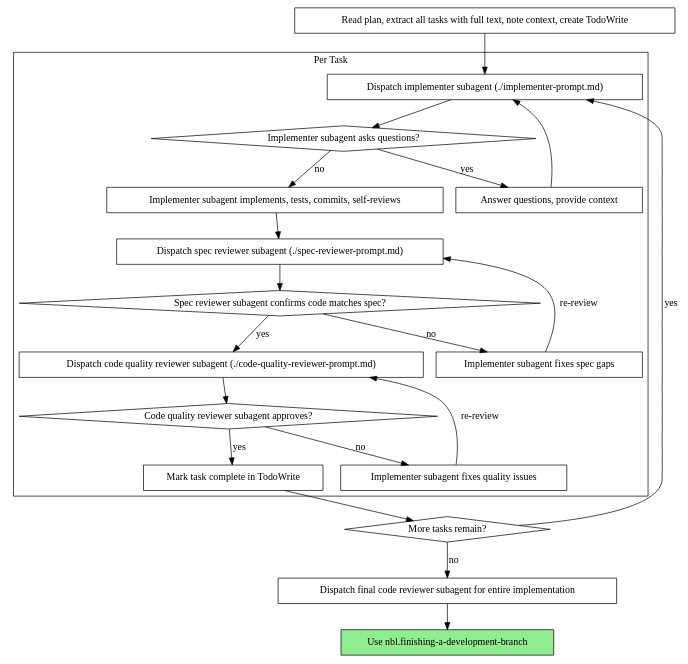
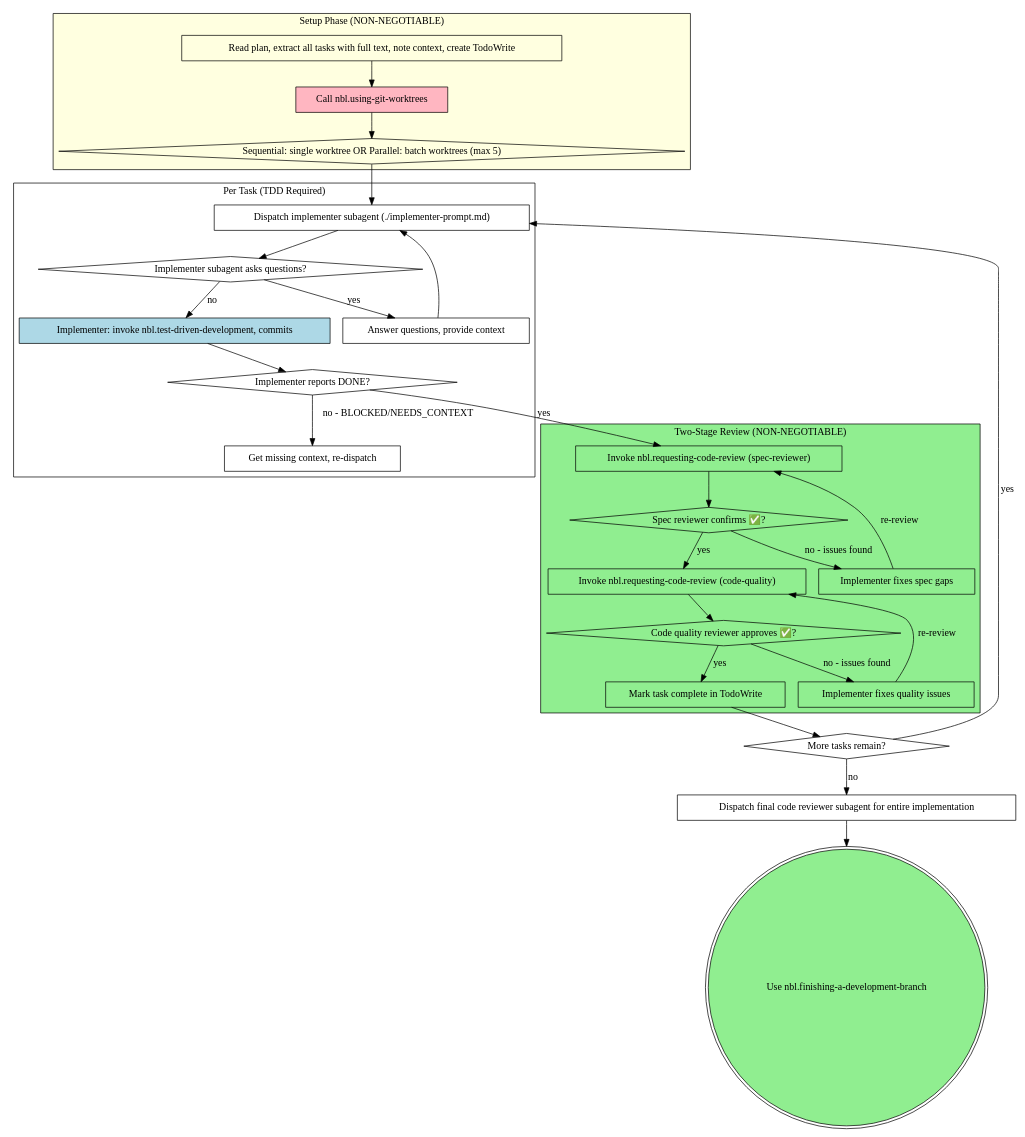
The fourth of 4 diagrams in skills/nbl.subagent-driven-development/SKILL.md (icefrag/nbl-superpowers), drawn with Graphviz before and after one commit. The commit also changed other lines of this file and 6 other files, not shown here.

First line of the commit message:
fix(skills): 强化 NON-NEGOTIABLE gates 并统一使用独立 agents

````diff
--- a/skills/nbl.subagent-driven-development/SKILL.md
+++ b/skills/nbl.subagent-driven-development/SKILL.md
@@ -151,44 +205,63 @@
 ```dot
 digraph process {
     rankdir=TB;
 
+    subgraph cluster_setup {
+        label="Setup Phase (NON-NEGOTIABLE)";
+        style=filled fillcolor=lightyellow;
+        "Read plan, extract all tasks with full text, note context, create TodoWrite" [shape=box];
+        "Call nbl.using-git-worktrees" [shape=box style=filled fillcolor=lightpink];
+        "Sequential: single worktree OR Parallel: batch worktrees (max 5)" [shape=diamond];
+    }
+
     subgraph cluster_per_task {
-        label="Per Task";
+        label="Per Task (TDD Required)";
         "Dispatch implementer subagent (./implementer-prompt.md)" [shape=box];
         "Implementer subagent asks questions?" [shape=diamond];
         "Answer questions, provide context" [shape=box];
-        "Implementer subagent implements, tests, commits, self-reviews" [shape=box];
-        "Dispatch spec reviewer subagent (./spec-reviewer-prompt.md)" [shape=box];
-        "Spec reviewer subagent confirms code matches spec?" [shape=diamond];
-        "Implementer subagent fixes spec gaps" [shape=box];
-        "Dispatch code quality reviewer subagent (./code-quality-reviewer-prompt.md)" [shape=box];
-        "Code quality reviewer subagent approves?" [shape=diamond];
-        "Implementer subagent fixes quality issues" [shape=box];
+        "Implementer: invoke nbl.test-driven-development, commits" [shape=box style=filled fillcolor=lightblue];
+        "Implementer reports DONE?" [shape=diamond];
+        "Get missing context, re-dispatch" [shape=box];
+    }
+
+    subgraph cluster_review {
+        label="Two-Stage Review (NON-NEGOTIABLE)";
+        style=filled fillcolor=lightgreen;
+        "Invoke nbl.requesting-code-review (spec-reviewer)" [shape=box];
+        "Spec reviewer confirms ✅?" [shape=diamond];
+        "Implementer fixes spec gaps" [shape=box];
+        "Invoke nbl.requesting-code-review (code-quality)" [shape=box];
+        "Code quality reviewer approves ✅?" [shape=diamond];
+        "Implementer fixes quality issues" [shape=box];
         "Mark task complete in TodoWrite" [shape=box];
     }
 
-    "Read plan, extract all tasks with full text, note context, create TodoWrite" [shape=box];
-    "More tasks remain?" [shape=diamond];
-    "Dispatch final code reviewer subagent for entire implementation" [shape=box];
-    "Use nbl.finishing-a-development-branch" [shape=box style=filled fillcolor=lightgreen];
+    "Read plan, extract all tasks with full text, note context, create TodoWrite" -> "Call nbl.using-git-worktrees";
+    "Call nbl.using-git-worktrees" -> "Sequential: single worktree OR Parallel: batch worktrees (max 5)";
+    "Sequential: single worktree OR Parallel: batch worktrees (max 5)" -> "Dispatch implementer subagent (./implementer-prompt.md)";
 
-    "Read plan, extract all tasks with full text, note context, create TodoWrite" -> "Dispatch implementer subagent (./implementer-prompt.md)";
     "Dispatch implementer subagent (./implementer-prompt.md)" -> "Implementer subagent asks questions?";
     "Implementer subagent asks questions?" -> "Answer questions, provide context" [label="yes"];
     "Answer questions, provide context" -> "Dispatch implementer subagent (./implementer-prompt.md)";
-    "Implementer subagent asks questions?" -> "Implementer subagent implements, tests, commits, self-reviews" [label="no"];
-    "Implementer subagent implements, tests, commits, self-reviews" -> "Dispatch spec reviewer subagent (./spec-reviewer-prompt.md)";
-    "Dispatch spec reviewer subagent (./spec-reviewer-prompt.md)" -> "Spec reviewer subagent confirms code matches spec?";
-    "Spec reviewer subagent confirms code matches spec?" -> "Implementer subagent fixes spec gaps" [label="no"];
-    "Implementer subagent fixes spec gaps" -> "Dispatch spec reviewer subagent (./spec-reviewer-prompt.md)" [label="re-review"];
-    "Spec reviewer subagent confirms code matches spec?" -> "Dispatch code quality reviewer subagent (./code-quality-reviewer-prompt.md)" [label="yes"];
-    "Dispatch code quality reviewer subagent (./code-quality-reviewer-prompt.md)" -> "Code quality reviewer subagent approves?";
-    "Code quality reviewer subagent approves?" -> "Implementer subagent fixes quality issues" [label="no"];
-    "Implementer subagent fixes quality issues" -> "Dispatch code quality reviewer subagent (./code-quality-reviewer-prompt.md)" [label="re-review"];
-    "Code quality reviewer subagent approves?" -> "Mark task complete in TodoWrite" [label="yes"];
+    "Implementer subagent asks questions?" -> "Implementer: invoke nbl.test-driven-development, commits" [label="no"];
+    "Implementer: invoke nbl.test-driven-development, commits" -> "Implementer reports DONE?";
+    "Implementer reports DONE?" -> "Get missing context, re-dispatch" [label="no - BLOCKED/NEEDS_CONTEXT"];
+    "Implementer reports DONE?" -> "Invoke nbl.requesting-code-review (spec-reviewer)" [label="yes"];
+
+    "Invoke nbl.requesting-code-review (spec-reviewer)" -> "Spec reviewer confirms ✅?";
+    "Spec reviewer confirms ✅?" -> "Implementer fixes spec gaps" [label="no - issues found"];
+    "Implementer fixes spec gaps" -> "Invoke nbl.requesting-code-review (spec-reviewer)" [label="re-review"];
+    "Spec reviewer confirms ✅?" -> "Invoke nbl.requesting-code-review (code-quality)" [label="yes"];
+    "Invoke nbl.requesting-code-review (code-quality)" -> "Code quality reviewer approves ✅?";
+    "Code quality reviewer approves ✅?" -> "Implementer fixes quality issues" [label="no - issues found"];
+    "Implementer fixes quality issues" -> "Invoke nbl.requesting-code-review (code-quality)" [label="re-review"];
+    "Code quality reviewer approves ✅?" -> "Mark task complete in TodoWrite" [label="yes"];
     "Mark task complete in TodoWrite" -> "More tasks remain?";
+    "More tasks remain?" [shape=diamond];
     "More tasks remain?" -> "Dispatch implementer subagent (./implementer-prompt.md)" [label="yes"];
     "More tasks remain?" -> "Dispatch final code reviewer subagent for entire implementation" [label="no"];
+    "Dispatch final code reviewer subagent for entire implementation" [shape=box];
     "Dispatch final code reviewer subagent for entire implementation" -> "Use nbl.finishing-a-development-branch";
+    "Use nbl.finishing-a-development-branch" [shape=doublecircle style=filled fillcolor=lightgreen];
 }
 ```
````
